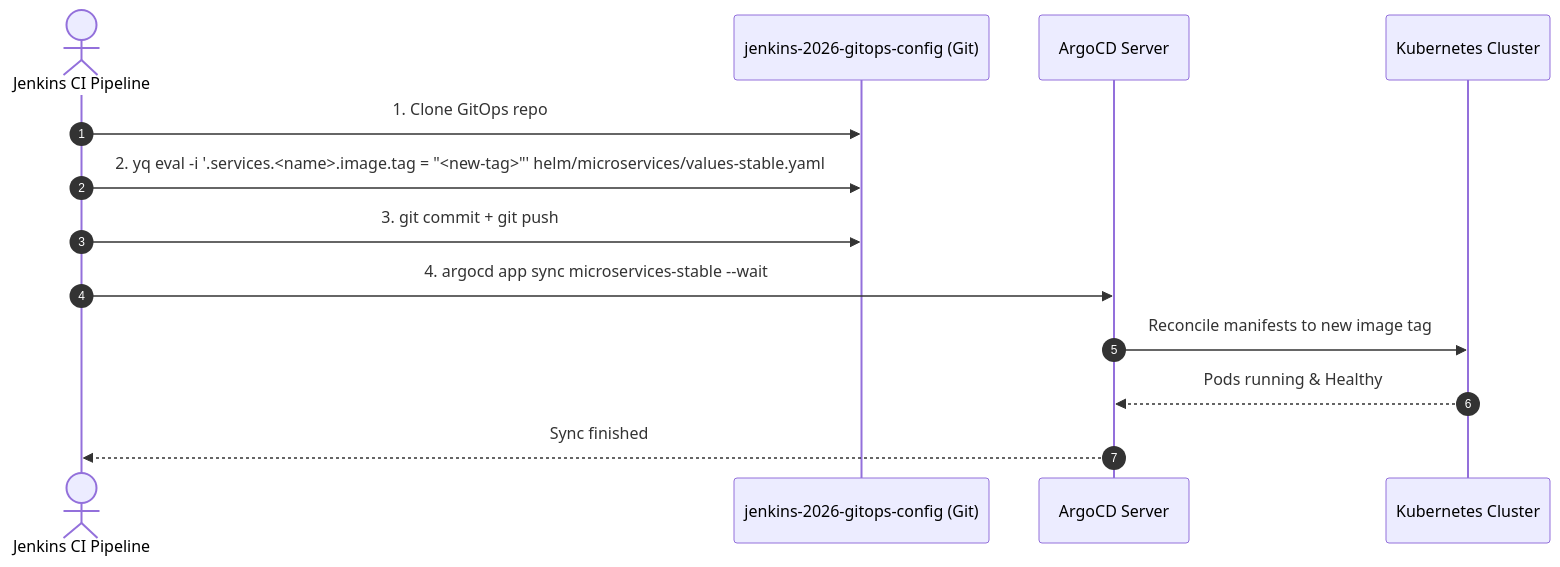
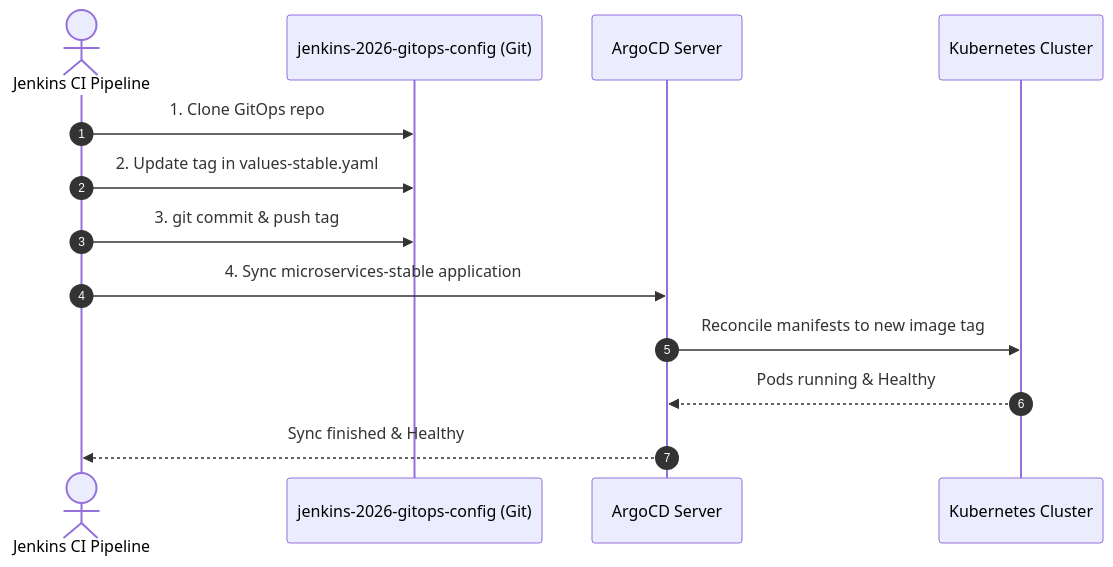
The second of 2 diagrams in README.md (nubenetes/jenkins-2026-gitops-config), drawn with Mermaid before and after one commit. The commit also changed other lines of this file, not shown here.

Commit message:
docs: adjust Mermaid layout and wrap long text labels

````diff
--- a/README.md
+++ b/README.md
@@ -77,16 +77,16 @@
 ```mermaid
 sequenceDiagram
     autonumber
     actor Jenkins as Jenkins CI Pipeline
     participant GitOps as jenkins-2026-gitops-config (Git)
     participant ArgoCD as ArgoCD Server
     participant Cluster as Kubernetes Cluster
 
     Jenkins->>GitOps: 1. Clone GitOps repo
-    Jenkins->>GitOps: 2. yq eval -i '.services.<name>.image.tag = "<new-tag>"' helm/microservices/values-stable.yaml
-    Jenkins->>GitOps: 3. git commit + git push
-    Jenkins->>ArgoCD: 4. argocd app sync microservices-stable --wait
+    Jenkins->>GitOps: 2. Update tag in values-stable.yaml
+    Jenkins->>GitOps: 3. git commit & push tag
+    Jenkins->>ArgoCD: 4. Sync microservices-stable application
     ArgoCD->>Cluster: Reconcile manifests to new image tag
     Cluster-->>ArgoCD: Pods running & Healthy
-    ArgoCD-->>Jenkins: Sync finished
+    ArgoCD-->>Jenkins: Sync finished & Healthy
 ```
````
